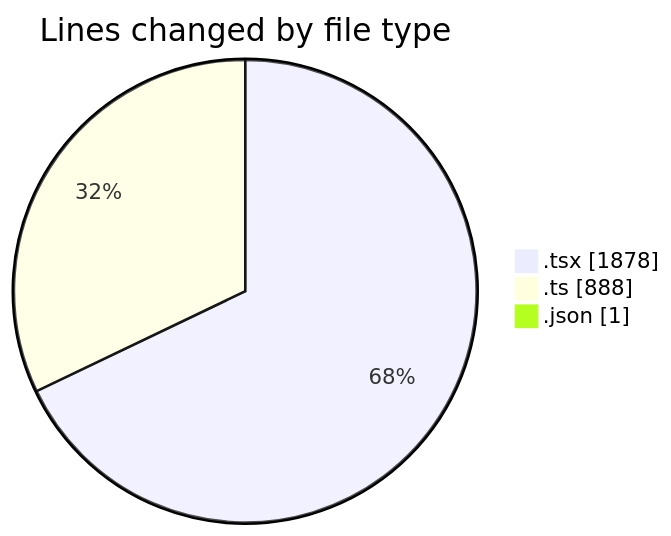
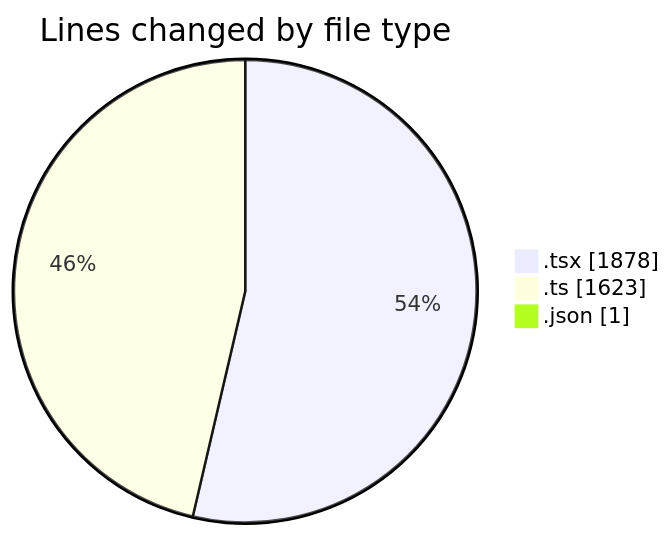
One commit to julien-gomy/code-tracking changed the first of 2 diagrams in 2025-10-08/eventscop-frontend-guide__workspace_/README.md. Above: the diagram before and after it, drawn with Mermaid. The commit also changed other lines of this file and 1 other file, not shown here.

````diff
--- a/2025-10-08/eventscop-frontend-guide__workspace_/README.md
+++ b/2025-10-08/eventscop-frontend-guide__workspace_/README.md
@@ -32,7 +34,7 @@
 ```mermaid
 pie showData
 title Lines changed by file type
 ".tsx" : 1878
-".ts" : 888
+".ts" : 1623
 ".json" : 1
 ```
````
